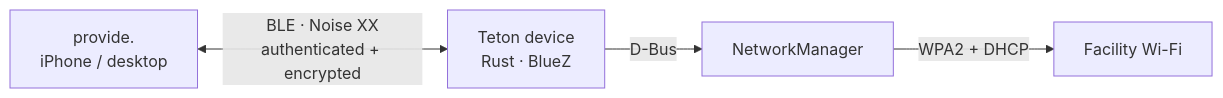
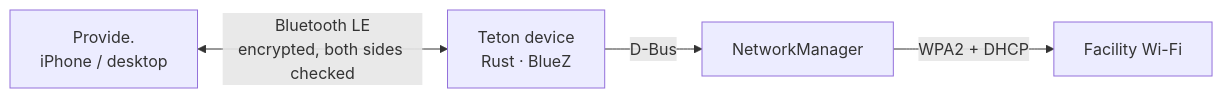
One commit to NoeBrt/Teton-Provide changed the diagram in README.md. Above: the diagram before and after it, drawn with Mermaid. The commit also changed other lines of this file and 8 other files, not shown here.

First line of the commit message:
docs: workshop CLI, customers, revocation as a next step, timeline

````diff
--- a/README.md
+++ b/README.md
@@ -143,6 +140,6 @@
 ```mermaid
 flowchart LR
-    A["provide.<br/>iPhone / desktop"] <-->|"BLE · Noise XX<br/>authenticated + encrypted"| B["Teton device<br/>Rust · BlueZ"]
+    A["Provide.<br/>iPhone / desktop"] <-->|"Bluetooth LE<br/>encrypted, both sides checked"| B["Teton device<br/>Rust · BlueZ"]
     B -->|"D-Bus"| C[NetworkManager]
     C -->|"WPA2 + DHCP"| D[Facility Wi-Fi]
 ```
````
